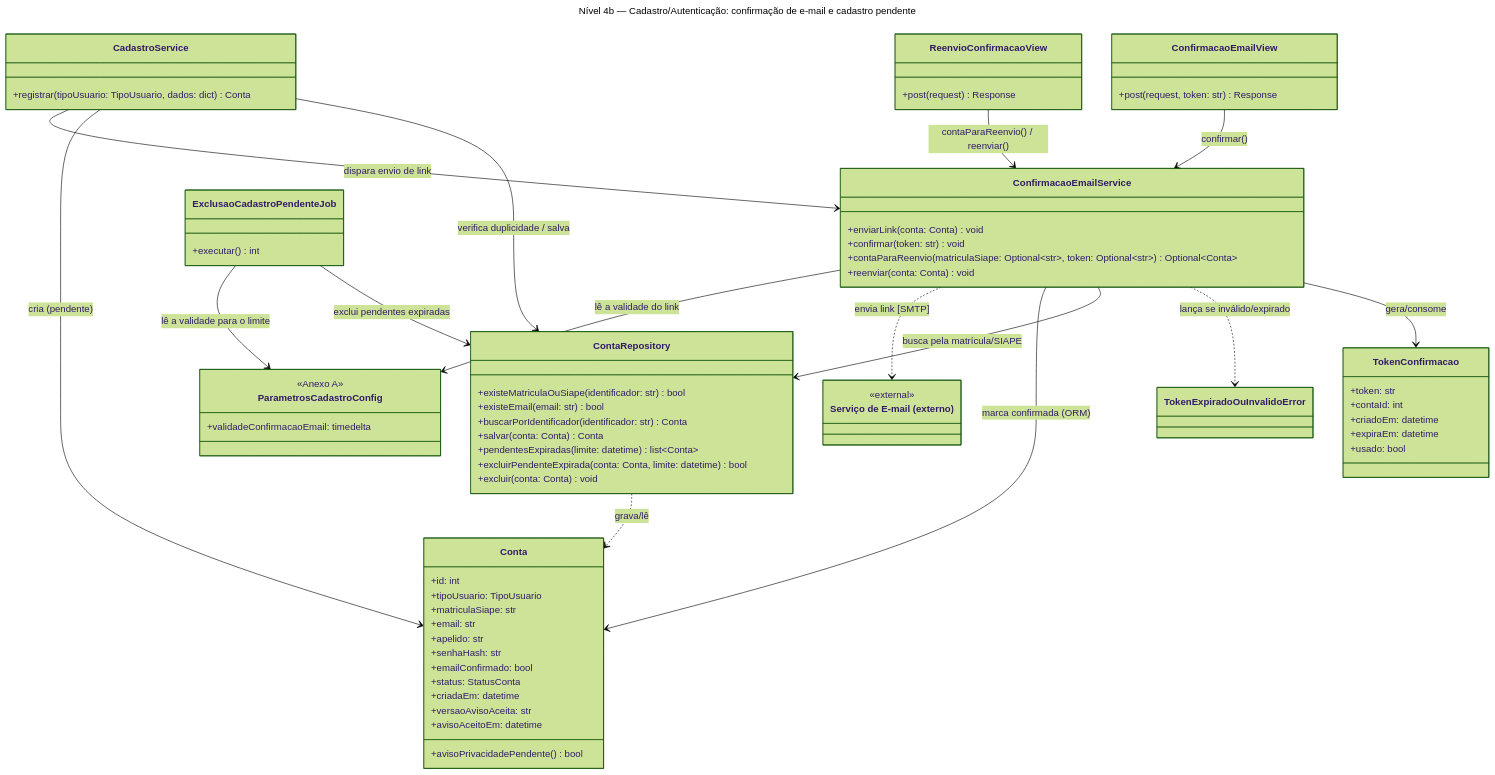
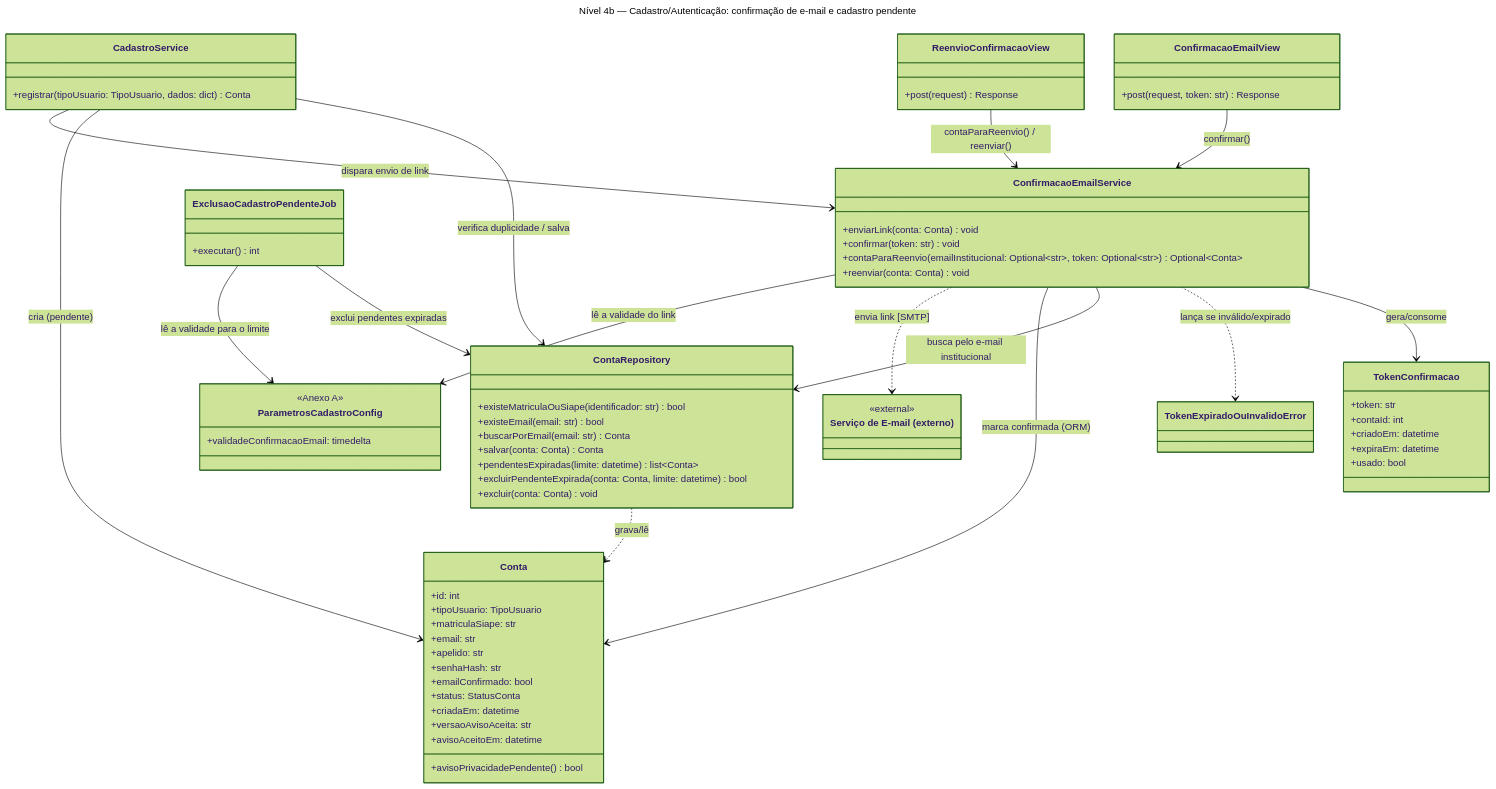
One commit to unb-mds/2026-2-Bandejao-UnB changed the second of 4 diagrams in docs/arquitetura/backend/c4-nivel-4-cadastro-autenticacao.md. Above: the diagram before and after it, drawn with Mermaid (forest theme). The commit also changed other lines of this file and 13 other files, not shown here.

Commit message:
docs: login com e-mail institucional e senha (DOC-12, #202)

````diff
--- a/docs/arquitetura/backend/c4-nivel-4-cadastro-autenticacao.md
+++ b/docs/arquitetura/backend/c4-nivel-4-cadastro-autenticacao.md
@@ -210,77 +213,77 @@
 ```mermaid
 ---
 title: "Nível 4b — Cadastro/Autenticação: confirmação de e-mail e cadastro pendente"
 ---
 classDiagram
   class ConfirmacaoEmailView {
     +post(request, token: str) Response
   }
   class ReenvioConfirmacaoView {
     +post(request) Response
   }
   class CadastroService {
     +registrar(tipoUsuario: TipoUsuario, dados: dict) Conta
   }
   class ConfirmacaoEmailService {
     +enviarLink(conta: Conta) void
     +confirmar(token: str) void
-    +contaParaReenvio(matriculaSiape: Optional~str~, token: Optional~str~) Optional~Conta~
+    +contaParaReenvio(emailInstitucional: Optional~str~, token: Optional~str~) Optional~Conta~
     +reenviar(conta: Conta) void
   }
   class TokenConfirmacao {
     +token: str
     +contaId: int
     +criadoEm: datetime
     +expiraEm: datetime
     +usado: bool
   }
   class TokenExpiradoOuInvalidoError
   class ContaRepository {
     +existeMatriculaOuSiape(identificador: str) bool
     +existeEmail(email: str) bool
-    +buscarPorIdentificador(identificador: str) Conta
+    +buscarPorEmail(email: str) Conta
     +salvar(conta: Conta) Conta
     +pendentesExpiradas(limite: datetime) list~Conta~
     +excluirPendenteExpirada(conta: Conta, limite: datetime) bool
     +excluir(conta: Conta) void
   }
   class ExclusaoCadastroPendenteJob {
     +executar() int
   }
   class ParametrosCadastroConfig {
     <<Anexo A>>
     +validadeConfirmacaoEmail: timedelta
   }
   class EmailSvc["Serviço de E-mail (externo)"] {
     <<external>>
   }
   class Conta {
     +id: int
     +tipoUsuario: TipoUsuario
     +matriculaSiape: str
     +email: str
     +apelido: str
     +senhaHash: str
     +emailConfirmado: bool
     +status: StatusConta
     +criadaEm: datetime
     +versaoAvisoAceita: str
     +avisoAceitoEm: datetime
     +avisoPrivacidadePendente() bool
   }
 
   ConfirmacaoEmailView --> ConfirmacaoEmailService : confirmar()
   ReenvioConfirmacaoView --> ConfirmacaoEmailService : contaParaReenvio() / reenviar()
   CadastroService --> ContaRepository : verifica duplicidade / salva
   CadastroService --> Conta : cria (pendente)
   CadastroService --> ConfirmacaoEmailService : dispara envio de link
   ConfirmacaoEmailService --> TokenConfirmacao : gera/consome
   ConfirmacaoEmailService ..> TokenExpiradoOuInvalidoError : lança se inválido/expirado
-  ConfirmacaoEmailService --> ContaRepository : busca pela matrícula/SIAPE
+  ConfirmacaoEmailService --> ContaRepository : busca pelo e-mail institucional
   ConfirmacaoEmailService --> Conta : marca confirmada (ORM)
   ConfirmacaoEmailService ..> EmailSvc : envia link [SMTP]
   ExclusaoCadastroPendenteJob --> ContaRepository : exclui pendentes expiradas
   ConfirmacaoEmailService --> ParametrosCadastroConfig : lê a validade do link
   ExclusaoCadastroPendenteJob --> ParametrosCadastroConfig : lê a validade para o limite
   ContaRepository ..> Conta : grava/lê
 ```
````
